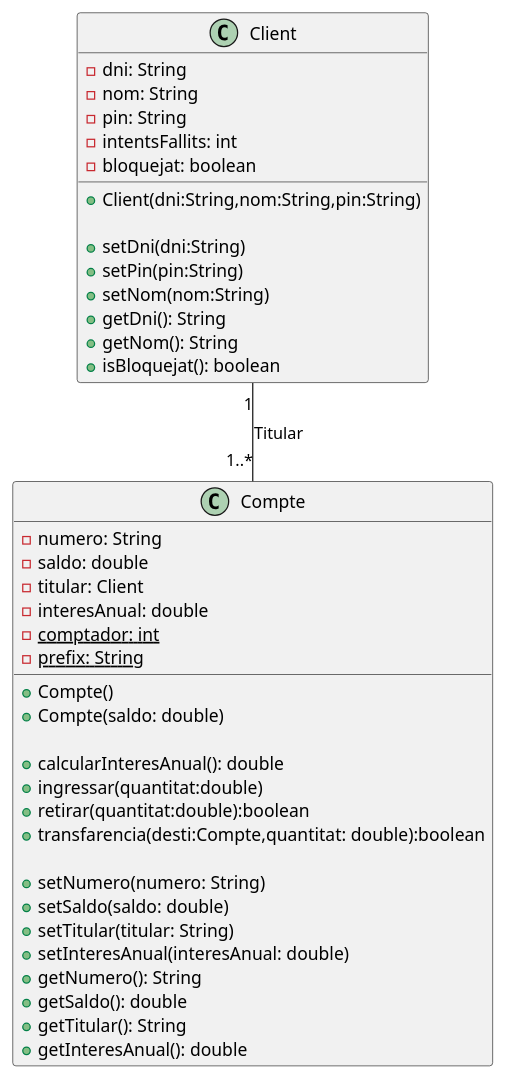
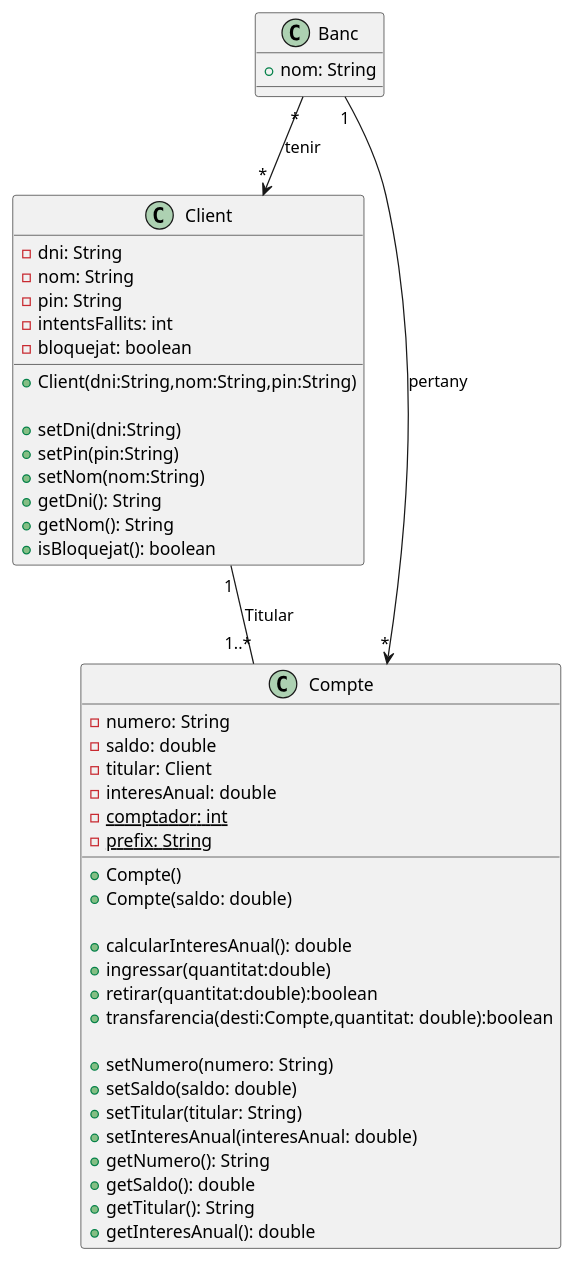
One commit to ins-vib/poo-atm-jopo738-web changed the diagram in UML/classes.puml. Above: the diagram before and after it, drawn with PlantUML. The commit also changed 4 other files, not shown here.

```diff
--- a/UML/classes.puml
+++ b/UML/classes.puml
@@ -1,50 +1,60 @@
 @startuml
 class Client {
     - dni: String
     - nom: String
     - pin: String
     - intentsFallits: int
     - bloquejat: boolean
 
     + Client(dni:String,nom:String,pin:String)
 
     + setDni(dni:String)
     + setPin(pin:String)
     + setNom(nom:String)
     + getDni(): String
     + getNom(): String
     + isBloquejat(): boolean
 
     
 
 }
 
 class Compte {
     - numero: String
     - saldo: double
     - titular: Client
     - interesAnual: double
     {static} - comptador: int
     {static} - prefix: String
 
     + Compte()
     + Compte(saldo: double)
 
     + calcularInteresAnual(): double
     + ingressar(quantitat:double)
     + retirar(quantitat:double):boolean
     + transfarencia(desti:Compte,quantitat: double):boolean
 
     + setNumero(numero: String)
     + setSaldo(saldo: double)
     + setTitular(titular: String)
     + setInteresAnual(interesAnual: double)
     + getNumero(): String
     + getSaldo(): double
     + getTitular(): String
     + getInteresAnual(): double
 }
 
 Client "1" -- "1..*" Compte : Titular
 
+
+class Banc {
+    + nom: String
+
+}
+
+Banc "*" --> "*" Client : tenir
+Banc "1" -->"*" Compte: pertany
+
+
 @enduml
```
